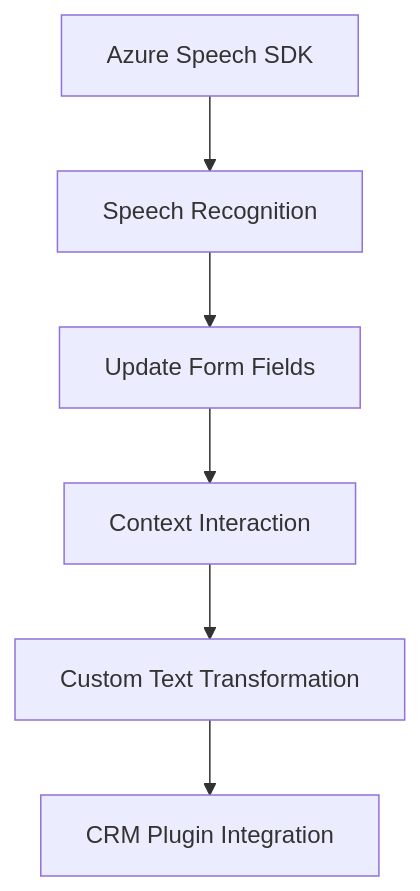
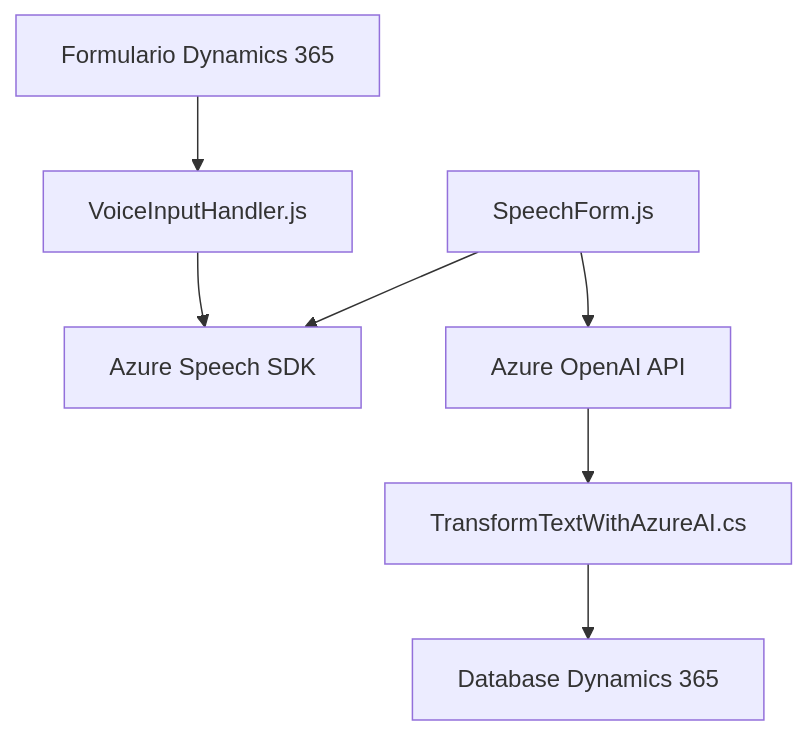
The diagram in README.md (blopezdm/NETCORE_BILBAO2025), drawn with Mermaid before and after one commit. The commit also changed other lines of this file, not shown here.

````diff
--- a/README.md
+++ b/README.md
@@ -43,15 +24,17 @@
 ```mermaid
 graph TD
-    A["Azure Speech SDK"]
-    B["VoiceInputHandler.js"]
-    C["Dynamics CRM Form"]
-    D["VoiceInputProcessor.js"]
+    A["Formulario Dynamics 365"]
+    B["Azure Speech SDK"]
+    C["VoiceInputHandler.js"]
+    D["SpeechForm.js"]
     E["Azure OpenAI API"]
     F["TransformTextWithAzureAI.cs"]
+    G["Database Dynamics 365"]
 
-    A --> B["Speech Recognition"]
-    B --> C["Update Form Fields"]
-    C --> D["Context Interaction"]
-    D --> E["Custom Text Transformation"]
-    E --> F["CRM Plugin Integration"]
+    A --> C
+    C --> B
+    D --> B
+    D --> E
+    E --> F
+    F --> G
 ```
````
